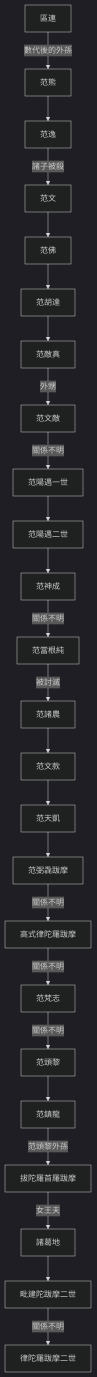
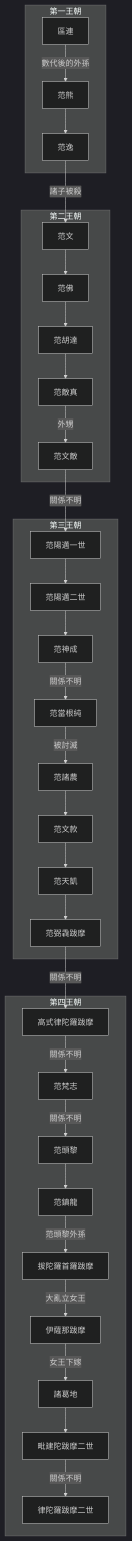
Before and after one commit to gamefang/zizhitongjian: the diagram in 2_世系圖表/2.2_并立政權/晉/林邑國世系圖表.md, drawn with Mermaid (dark theme). The commit also changed other lines of this file and 9 other files, not shown here.

````diff
--- a/2_世系圖表/2.2_并立政權/晉/林邑國世系圖表.md
+++ b/2_世系圖表/2.2_并立政權/晉/林邑國世系圖表.md
@@ -9,28 +17,40 @@
 ```mermaid
 graph TB
 
-區連--數代後的外孫-->范熊
-范熊-->范逸
-范逸--諸子被殺-->范文
-范文-->范佛
-范佛-->范胡達
-范胡達-->范敵真
-范敵真--外甥-->范文敵
-范文敵--關係不明-->范陽邁一世
-范陽邁一世-->范陽邁二世
-范陽邁二世-->范神成
-范神成--關係不明-->范當根純
-范當根純--被討滅-->范諸農
-范諸農-->范文款
-范文款-->范天凱
-范天凱-->范弼毳跋摩
-范弼毳跋摩--關係不明-->高式律陀羅跋摩
-高式律陀羅跋摩--關係不明-->范梵志
-范梵志--關係不明-->范頭黎
-范頭黎-->范鎮龍
-范鎮龍--范頭黎外孫-->拔陀羅首羅跋摩
-拔陀羅首羅跋摩--女王夫-->諸葛地
-諸葛地-->毗建陀跋摩二世
-毗建陀跋摩二世--關係不明-->律陀羅跋摩二世
+subgraph 第一王朝
+    區連--數代後的外孫-->范熊
+    范熊-->范逸
+end
+
+subgraph 第二王朝
+    范逸--諸子被殺-->范文
+    范文-->范佛
+    范佛-->范胡達
+    范胡達-->范敵真
+    范敵真--外甥-->范文敵
+end
+
+subgraph 第三王朝
+    范文敵--關係不明-->范陽邁一世
+    范陽邁一世-->范陽邁二世
+    范陽邁二世-->范神成
+    范神成--關係不明-->范當根純
+    范當根純--被討滅-->范諸農
+    范諸農-->范文款
+    范文款-->范天凱
+    范天凱-->范弼毳跋摩
+end
+
+subgraph 第四王朝
+    范弼毳跋摩--關係不明-->高式律陀羅跋摩
+    高式律陀羅跋摩--關係不明-->范梵志
+    范梵志--關係不明-->范頭黎
+    范頭黎-->范鎮龍
+    范鎮龍--范頭黎外孫-->拔陀羅首羅跋摩
+    拔陀羅首羅跋摩--大亂立女王-->伊薩那跋摩
+    伊薩那跋摩--女王下嫁-->諸葛地
+    諸葛地-->毗建陀跋摩二世
+    毗建陀跋摩二世--關係不明-->律陀羅跋摩二世
+end
 
 ```
````
